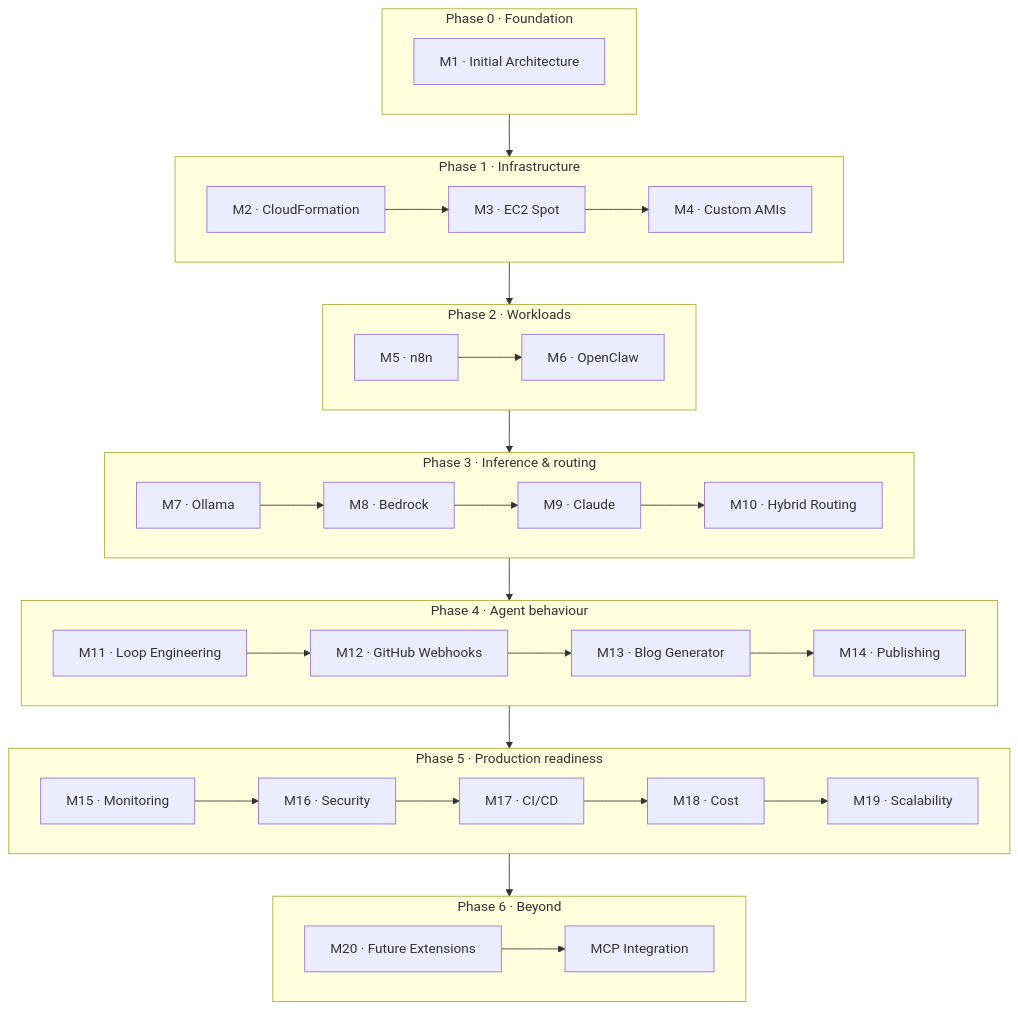
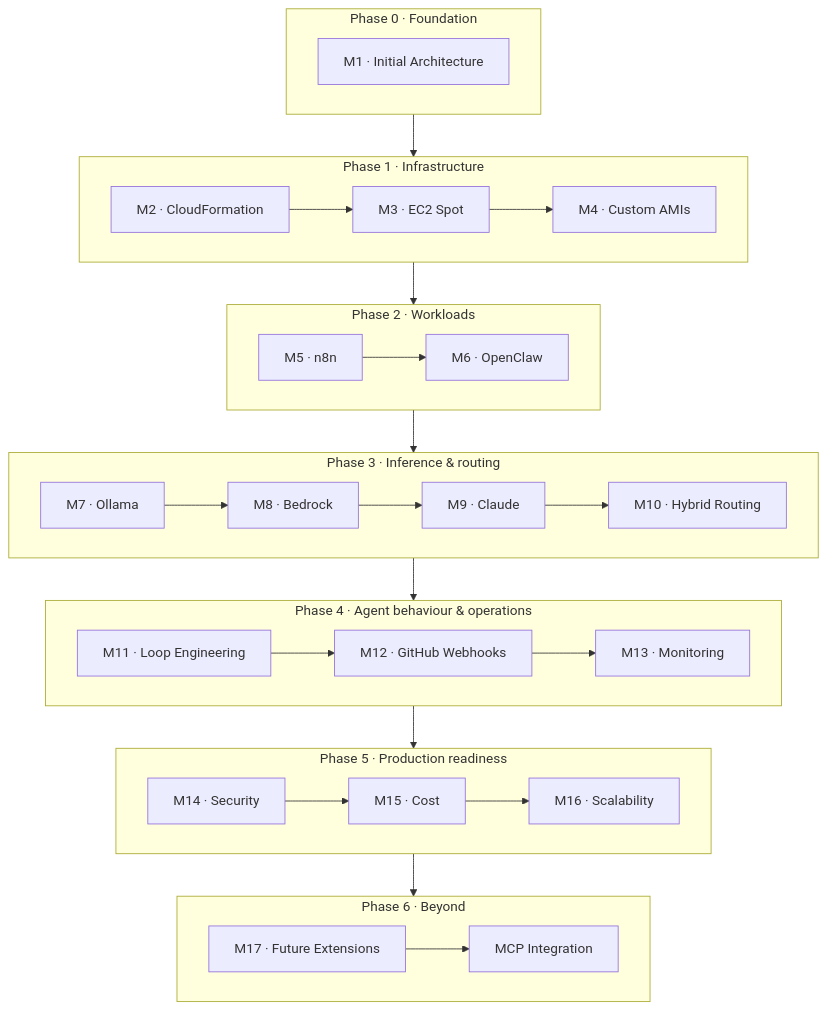
The eighth of 10 diagrams in README.md (teddynted/designing-an-ai-agent-platform-on-aws), drawn with Mermaid before and after one commit. The commit also changed other lines of this file and 30 other files, not shown here.

````diff
--- a/README.md
+++ b/README.md
@@ -1625,32 +1769,32 @@
 ```mermaid
 flowchart TB
     subgraph p0["Phase 0 · Foundation"]
         m1["M1 · Initial Architecture"]
     end
 
     subgraph p1["Phase 1 · Infrastructure"]
         m2["M2 · CloudFormation"] --> m3["M3 · EC2 Spot"] --> m4["M4 · Custom AMIs"]
     end
 
     subgraph p2["Phase 2 · Workloads"]
         m5["M5 · n8n"] --> m6["M6 · OpenClaw"]
     end
 
     subgraph p3["Phase 3 · Inference & routing"]
         m7["M7 · Ollama"] --> m8["M8 · Bedrock"] --> m9["M9 · Claude"] --> m10["M10 · Hybrid Routing"]
     end
 
-    subgraph p4["Phase 4 · Agent behaviour"]
-        m11["M11 · Loop Engineering"] --> m12["M12 · GitHub Webhooks"] --> m13["M13 · Blog Generator"] --> m14["M14 · Publishing"]
+    subgraph p4["Phase 4 · Agent behaviour & operations"]
+        m11["M11 · Loop Engineering"] --> m12["M12 · GitHub Webhooks"] --> m13["M13 · Monitoring"]
     end
 
     subgraph p5["Phase 5 · Production readiness"]
-        m15["M15 · Monitoring"] --> m16["M16 · Security"] --> m17["M17 · CI/CD"] --> m18["M18 · Cost"] --> m19["M19 · Scalability"]
+        m14["M14 · Security"] --> m15["M15 · Cost"] --> m16["M16 · Scalability"]
     end
 
     subgraph p6["Phase 6 · Beyond"]
-        m20["M20 · Future Extensions"] --> mcp["MCP Integration"]
+        m17["M17 · Future Extensions"] --> mcp["MCP Integration"]
     end
 
     p0 --> p1 --> p2 --> p3 --> p4 --> p5 --> p6
 ```
````
